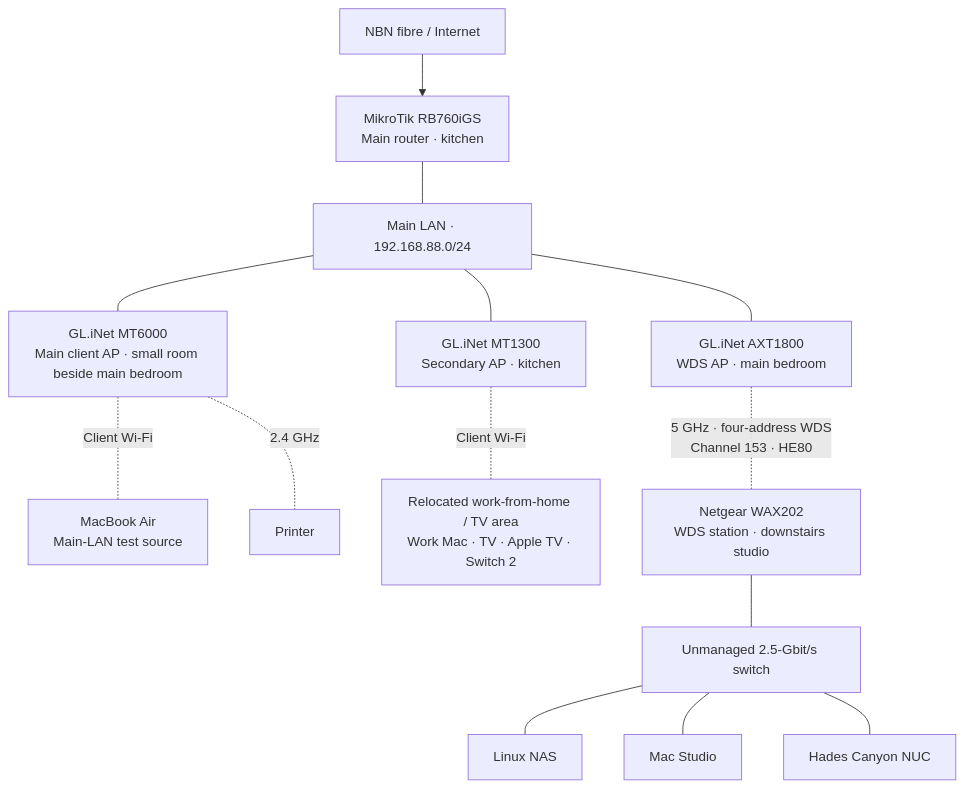
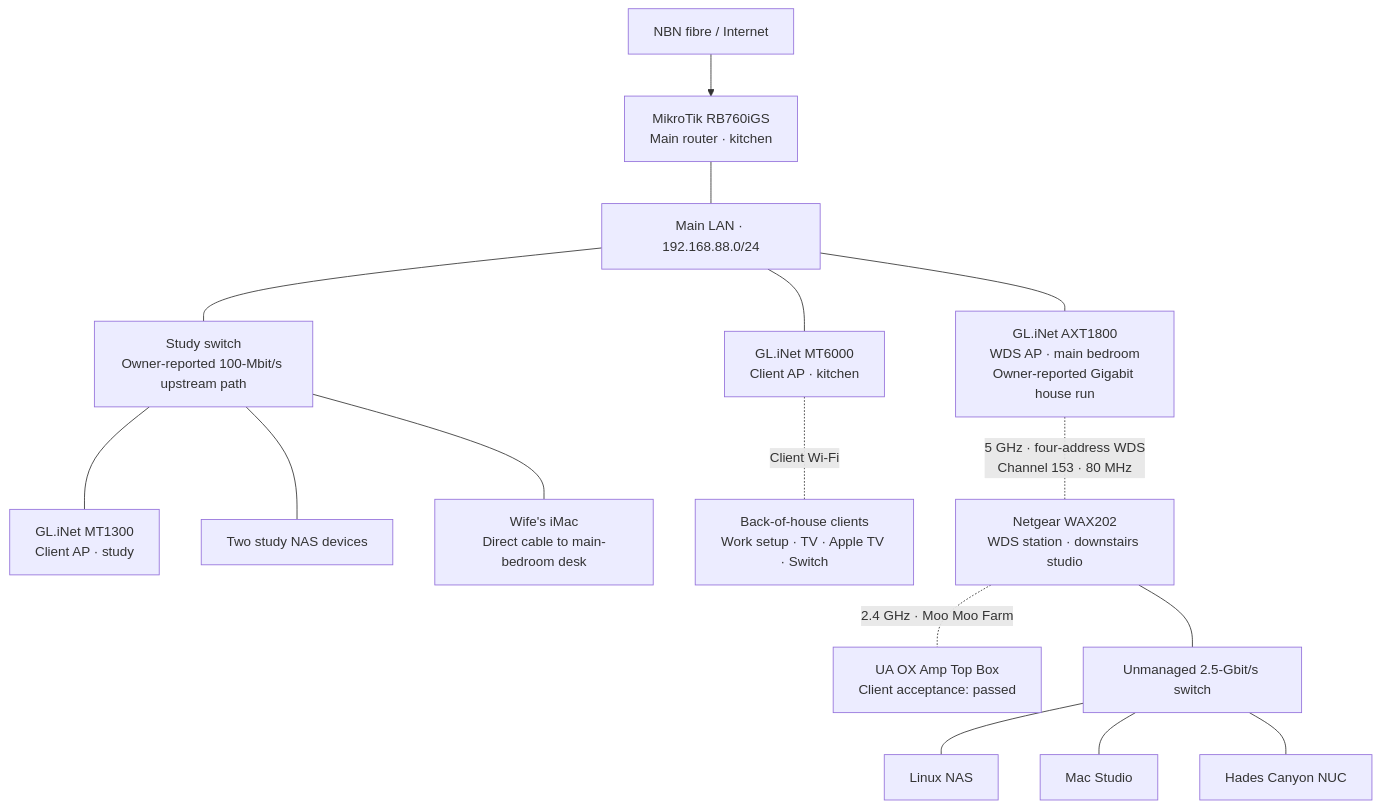
One commit to volo1st/homelab changed the first of 2 diagrams in networking/topology.md. Above: the diagram before and after it, drawn with Mermaid. The commit also changed other lines of this file and 39 other files, not shown here.

````diff
--- a/networking/topology.md
+++ b/networking/topology.md
@@ -10,16 +14,18 @@
 ```mermaid
 flowchart TB
     NBN["NBN fibre / Internet"] --> RTR["MikroTik RB760iGS<br/>Main router · kitchen"]
     RTR --- LAN["Main LAN · 192.168.88.0/24"]
-    LAN --- KAP["GL.iNet MT1300<br/>Secondary AP · kitchen"]
-    LAN --- MAIN["GL.iNet MT6000<br/>Main client AP · small room beside main bedroom"]
-    LAN --- AXT["GL.iNet AXT1800<br/>WDS AP · main bedroom"]
-    MAIN -. "Client Wi-Fi" .- AIR["MacBook Air<br/>Main-LAN test source"]
-    MAIN -. "2.4 GHz" .- PRINTER["Printer"]
-    KAP -. "Client Wi-Fi" .- OFFICE["Relocated work-from-home / TV area<br/>Work Mac · TV · Apple TV · Switch 2"]
-    AXT -. "5 GHz · four-address WDS<br/>Channel 153 · HE80" .- WAX["Netgear WAX202<br/>WDS station · downstairs studio"]
+    LAN --- KAP["GL.iNet MT6000<br/>Client AP · kitchen"]
+    LAN --- STUDY["Study switch<br/>Owner-reported 100-Mbit/s upstream path"]
+    STUDY --- SAP["GL.iNet MT1300<br/>Client AP · study"]
+    STUDY --- STUDYNAS["Two study NAS devices"]
+    STUDY --- IMAC["Wife's iMac<br/>Direct cable to main-bedroom desk"]
+    LAN --- AXT["GL.iNet AXT1800<br/>WDS AP · main bedroom<br/>Owner-reported Gigabit house run"]
+    KAP -. "Client Wi-Fi" .- REAR["Back-of-house clients<br/>Work setup · TV · Apple TV · Switch"]
+    AXT -. "5 GHz · four-address WDS<br/>Channel 153 · 80 MHz" .- WAX["Netgear WAX202<br/>WDS station · downstairs studio"]
+    WAX -. "2.4 GHz · Moo Moo Farm" .- OX["UA OX Amp Top Box<br/>Client acceptance: passed"]
     WAX --- SW["Unmanaged 2.5-Gbit/s switch"]
     SW --- NAS["Linux NAS"]
     SW --- MAC["Mac Studio"]
     SW --- NUC["Hades Canyon NUC"]
 ```
````
